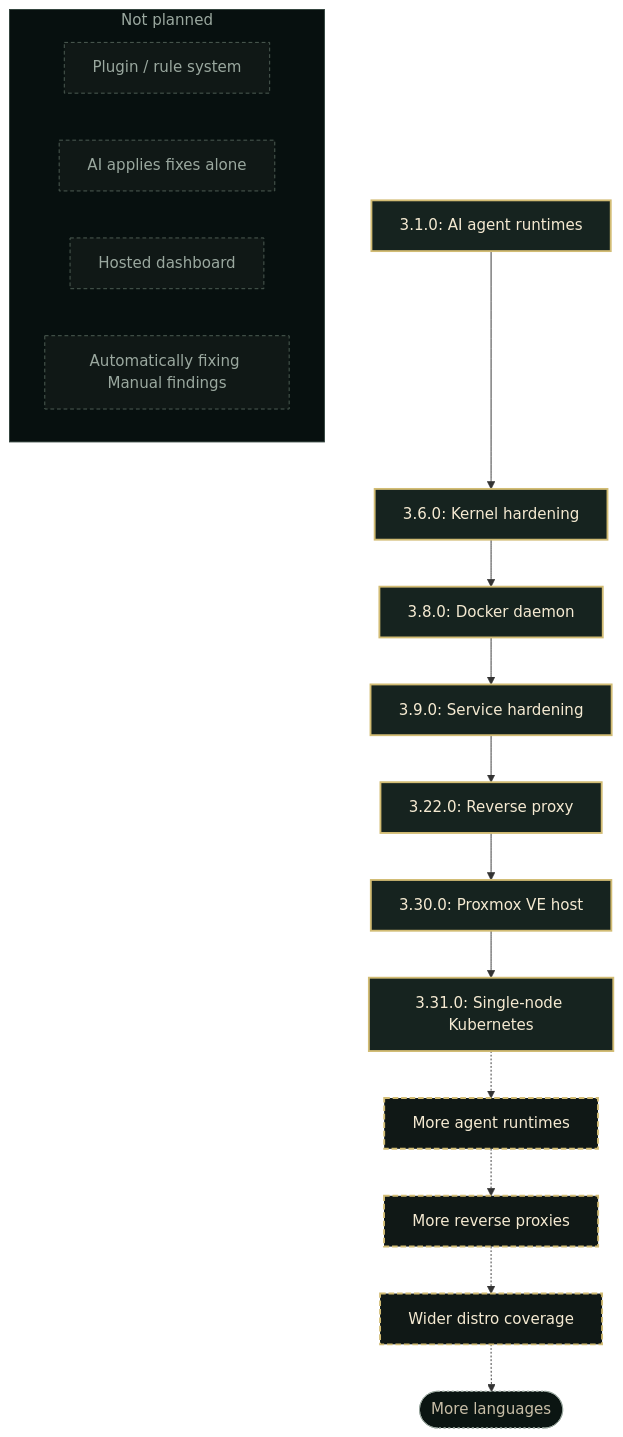
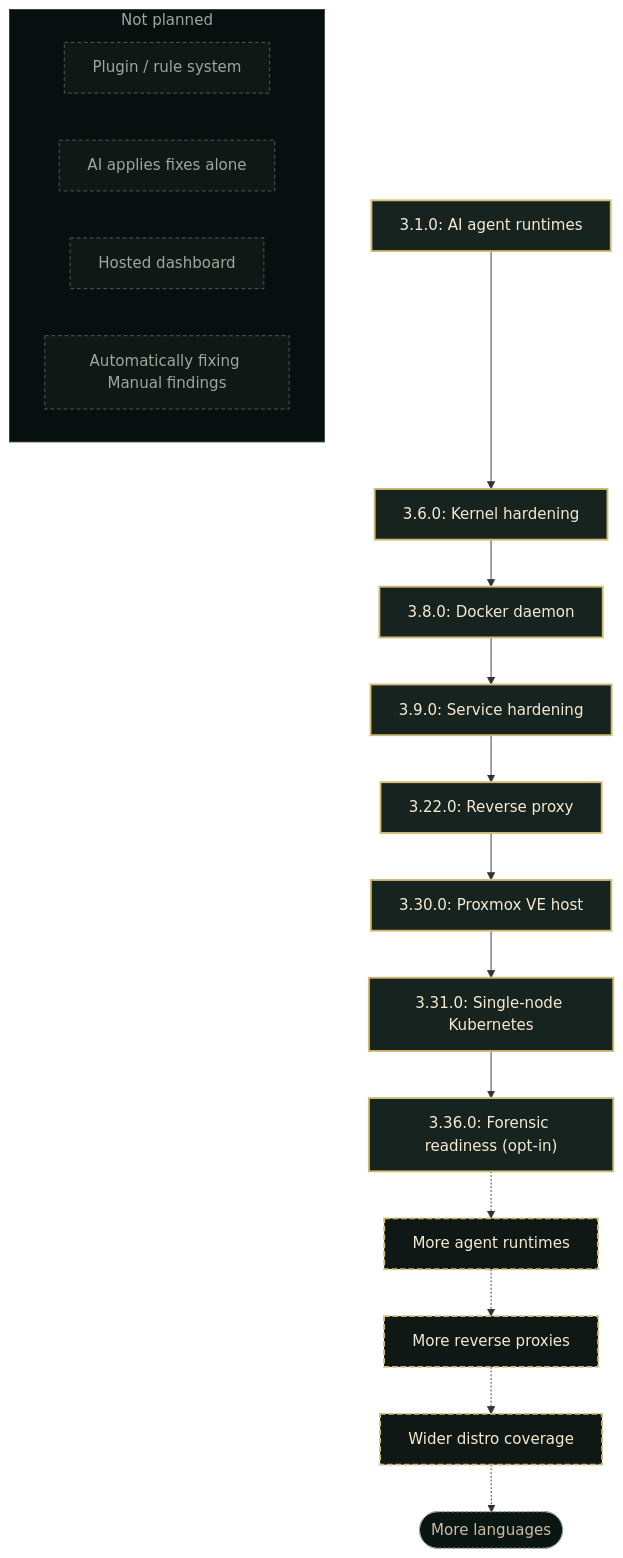
Before and after one commit to seolcu/hostveil: the diagram in README.md, drawn with Mermaid. The commit also changed 9 other files, not shown here.

````diff
--- a/README.md
+++ b/README.md
@@ -383,32 +383,33 @@
 ```mermaid
 graph TD
     v1["3.1.0: AI agent runtimes"] --> v2["3.6.0: Kernel hardening"]
     v2 --> v3["3.8.0: Docker daemon"]
     v3 --> v4["3.9.0: Service hardening"]
     v4 --> v5["3.22.0: Reverse proxy"]
     v5 --> v6["3.30.0: Proxmox VE host"]
     v6 --> v7["3.31.0: Single-node Kubernetes"]
-    v7 -.-> n1["More agent runtimes"]
+    v7 --> v8["3.36.0: Forensic readiness (opt-in)"]
+    v8 -.-> n1["More agent runtimes"]
     n1 -.-> n2["More reverse proxies"]
     n2 -.-> n3["Wider distro coverage"]
     n3 -.-> e4(["More languages"])
 
     subgraph np["Not planned"]
         x1["Plugin / rule system"]
         x2["AI applies fixes alone"]
         x3["Hosted dashboard"]
         x4["Automatically fixing Manual findings"]
     end
 
     classDef shipped fill:#16231f,stroke:#d2bc74,stroke-width:2px,color:#f5ead2
     classDef next fill:#101816,stroke:#d2bc74,stroke-width:2px,stroke-dasharray:6 3,color:#f5ead2
     classDef exploring fill:#0b1512,stroke:#9aa89f,stroke-width:1px,stroke-dasharray:2 3,color:#c8bea7
     classDef notplanned fill:#101816,stroke:#516057,stroke-width:1px,stroke-dasharray:4 3,color:#9aa89f
     classDef npTitle fill:#07100f,stroke:#31413b,color:#9aa89f
 
-    class v1,v2,v3,v4,v5,v6,v7 shipped
+    class v1,v2,v3,v4,v5,v6,v7,v8 shipped
     class n1,n2,n3 next
     class e4 exploring
     class x1,x2,x3,x4 notplanned
     class np npTitle
 ```
````
